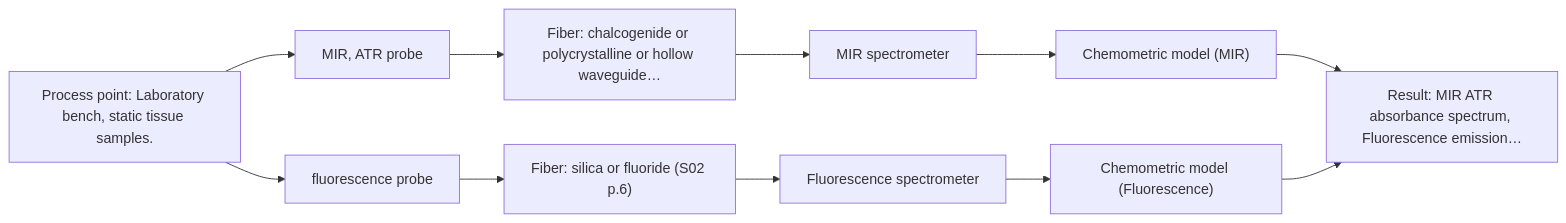
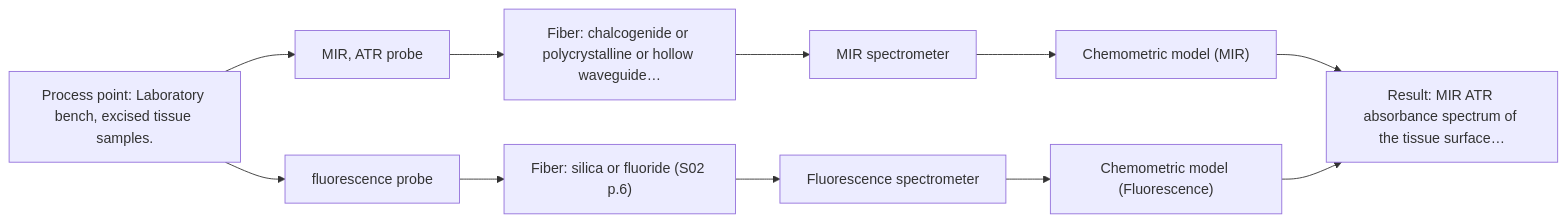
One commit to sleipnir029/Afs-Spectroscopy-Assistant changed the first of 2 diagrams in outputs/dev/D08.md. Above: the diagram before and after it, drawn with Mermaid. The commit also changed other lines of this file and 41 other files, not shown here.

````diff
--- a/outputs/dev/D08.md
+++ b/outputs/dev/D08.md
@@ -38,23 +38,23 @@
 ```mermaid
 flowchart LR
-    proc["Process point: Laboratory bench, static tissue samples."]
+    proc["Process point: Laboratory bench, excised tissue samples."]
     probe1["MIR, ATR probe"]
     fiber1["Fiber: chalcogenide or polycrystalline or hollow waveguide…"]
     spec1["MIR spectrometer"]
     model1["Chemometric model (MIR)"]
     probe2["fluorescence probe"]
     fiber2["Fiber: silica or fluoride (S02 p.6)"]
     spec2["Fluorescence spectrometer"]
     model2["Chemometric model (Fluorescence)"]
-    result["Result: MIR ATR absorbance spectrum, Fluorescence emission…"]
+    result["Result: MIR ATR absorbance spectrum of the tissue surface…"]
     proc --> probe1
     probe1 --> fiber1
     fiber1 --> spec1
     spec1 --> model1
     proc --> probe2
     probe2 --> fiber2
     fiber2 --> spec2
     spec2 --> model2
     model1 --> result
     model2 --> result
 ```
````
